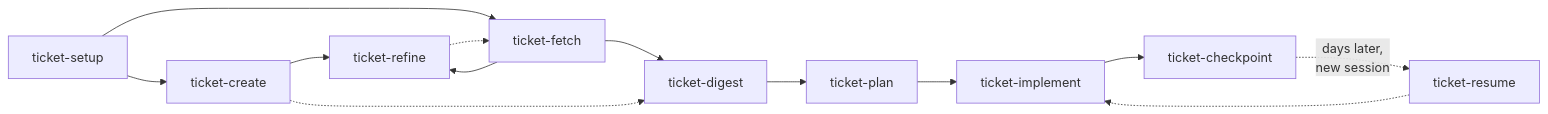
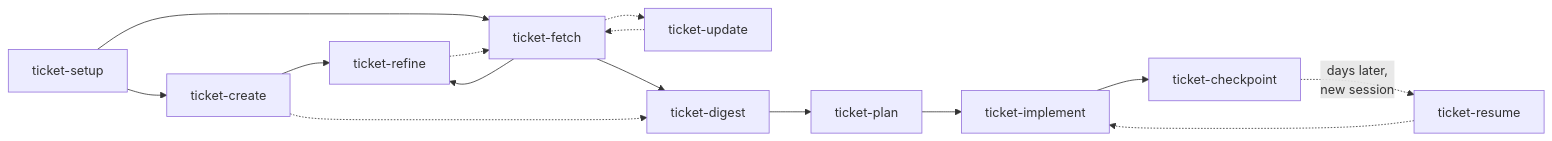
One commit to AlexCR97/.claude changed the first of 2 diagrams in skills/ticket-common/WORKFLOW.md. Above: the diagram before and after it, drawn with Mermaid. The commit also changed other lines of this file and 2 other files, not shown here.

First line of the commit message:
docs(ticket): document the new git policy, journal directory, remote create and update

````diff
--- a/skills/ticket-common/WORKFLOW.md
+++ b/skills/ticket-common/WORKFLOW.md
@@ -5,15 +5,17 @@
 ```mermaid
 flowchart LR
     INIT[ticket-setup] --> NEW[ticket-create]
     INIT --> FETCH[ticket-fetch]
     NEW --> REFINE[ticket-refine]
     FETCH --> REFINE
     REFINE -.-> FETCH
+    FETCH -.-> UPDATE[ticket-update]
+    UPDATE -.-> FETCH
     FETCH --> DIGEST[ticket-digest]
     NEW -.-> DIGEST
     DIGEST --> PLAN[ticket-plan]
     PLAN --> IMPLEMENT[ticket-implement]
     IMPLEMENT --> CHECKPOINT[ticket-checkpoint]
     CHECKPOINT -.->|"days later,\nnew session"| RESUME[ticket-resume]
     RESUME -.-> IMPLEMENT
 ```
````
